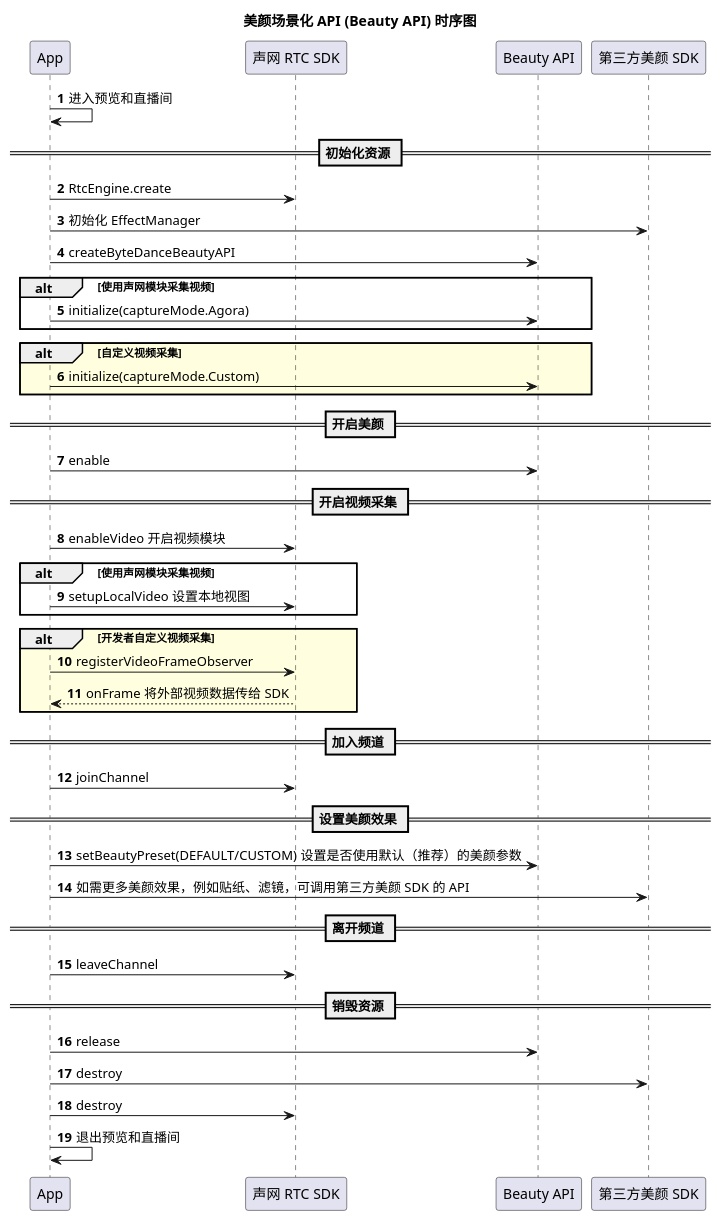
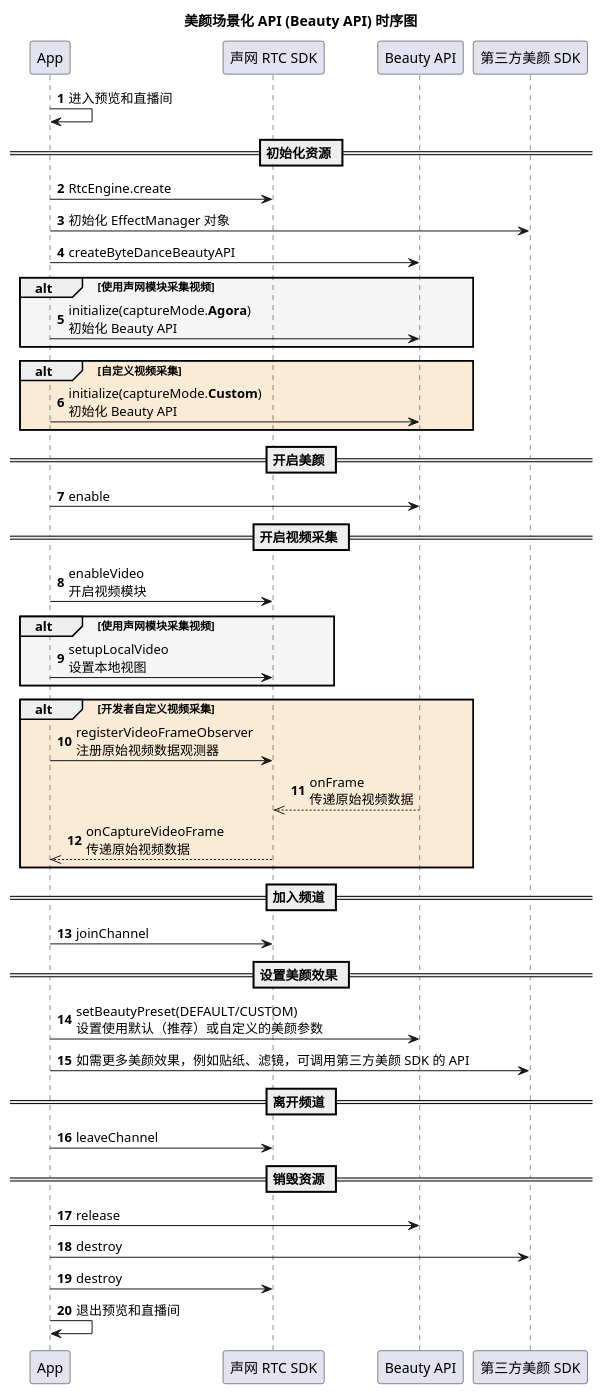
One commit to AgoraIO/agora_doc_source changed the diagram in markdown/beauty/字节Android时序图.wsd. Above: the diagram before and after it, drawn with PlantUML. The commit also changed 4 other files, not shown here.

```diff
--- a/markdown/beauty/字节Android时序图.wsd
+++ b/markdown/beauty/字节Android时序图.wsd
@@ -1,42 +1,43 @@
 @startuml
 autonumber
 title 美颜场景化 API (Beauty API) 时序图
 participant "App" as app
 participant "声网 RTC SDK" as rtc
 participant "Beauty API" as api
 participant "第三方美颜 SDK" as beauty
 app -> app: 进入预览和直播间
 == 初始化资源 ==
 app -> rtc: RtcEngine.create
-app -> beauty: 初始化 EffectManager
+app -> beauty: 初始化 EffectManager 对象
 app -> api: createByteDanceBeautyAPI
-alt 使用声网模块采集视频
-app -> api: initialize(captureMode.Agora)
+alt #WhiteSmoke 使用声网模块采集视频
+app -> api: initialize(captureMode.**Agora**) \n初始化 Beauty API
 end
-alt #LightYellow 自定义视频采集
-app -> api: initialize(captureMode.Custom)
+alt #AntiqueWhite 自定义视频采集
+app -> api: initialize(captureMode.**Custom**) \n初始化 Beauty API
 end
 == 开启美颜 ==
 app -> api: enable
 == 开启视频采集 ==
-app -> rtc: enableVideo 开启视频模块
-alt 使用声网模块采集视频
-app -> rtc: setupLocalVideo 设置本地视图
+app -> rtc: enableVideo \n开启视频模块
+alt #WhiteSmoke 使用声网模块采集视频
+app -> rtc: setupLocalVideo \n设置本地视图
 end
-alt #LightYellow 开发者自定义视频采集
-app -> rtc: registerVideoFrameObserver
-rtc --> app: onFrame 将外部视频数据传给 SDK
+alt #AntiqueWhite 开发者自定义视频采集
+app -> rtc: registerVideoFrameObserver \n注册原始视频数据观测器
+api -->> rtc: onFrame \n传递原始视频数据
+rtc -->> app: onCaptureVideoFrame \n传递原始视频数据
 end
 == 加入频道 ==
 app -> rtc: joinChannel
 == 设置美颜效果 ==
-app -> api: setBeautyPreset(DEFAULT/CUSTOM) 设置是否使用默认（推荐）的美颜参数
+app -> api: setBeautyPreset(DEFAULT/CUSTOM) \n设置使用默认（推荐）或自定义的美颜参数
 app -> beauty: 如需更多美颜效果，例如贴纸、滤镜，可调用第三方美颜 SDK 的 API
 == 离开频道 ==
 app -> rtc: leaveChannel
 == 销毁资源 ==
 app -> api: release
 app -> beauty: destroy
 app -> rtc: destroy
 app -> app: 退出预览和直播间
 @enduml
```
